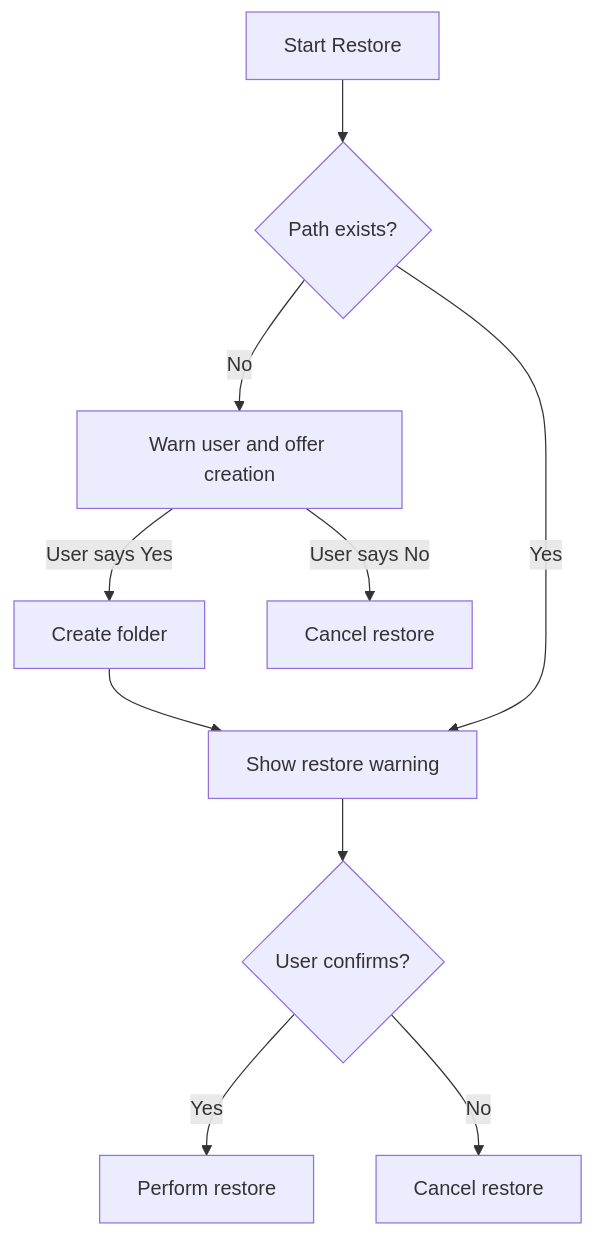
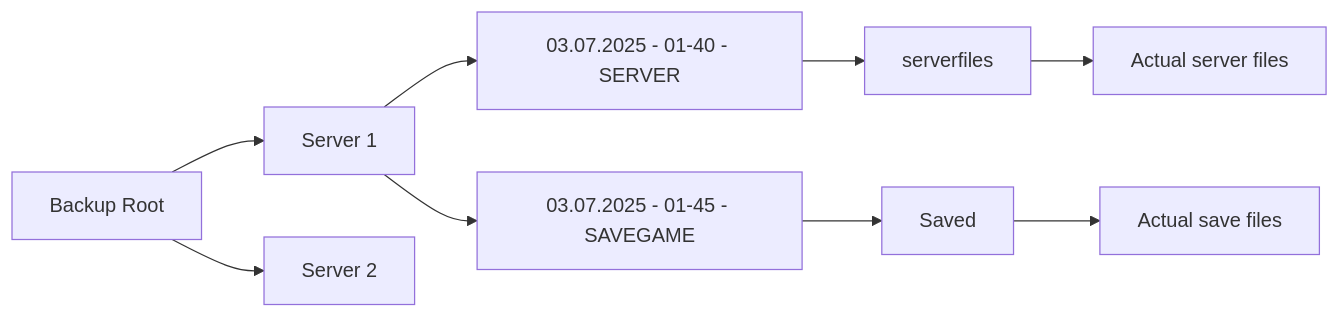
The second of 2 diagrams in WindowsGSM/readme.md (derMiepz/random-scripts), drawn with Mermaid before and after one commit. The commit also changed other lines of this file, not shown here.

Commit message:
Update readme.md after multi server backup code base change

````diff
--- a/WindowsGSM/readme.md
+++ b/WindowsGSM/readme.md
@@ -28,12 +82,11 @@
 ```mermaid
-graph TD
-A[Start Restore] --> B{Path exists?}
-B -->|No| C[Warn user and offer creation]
-C -->|User says Yes| D[Create folder]
-C -->|User says No| E[Cancel restore]
-D --> F[Show restore warning]
-B -->|Yes| F
-F --> G{User confirms?}
-G -->|Yes| H[Perform restore]
-G -->|No| I[Cancel restore]
+graph LR
+A[Backup Root] --> B[Server 1]
+A --> C[Server 2]
+B --> D["03.07.2025 - 01-40 - SERVER"]
+B --> E["03.07.2025 - 01-45 - SAVEGAME"]
+D --> F[serverfiles]
+E --> G[Saved]
+F --> H[Actual server files]
+G --> I[Actual save files]
 ```
````
